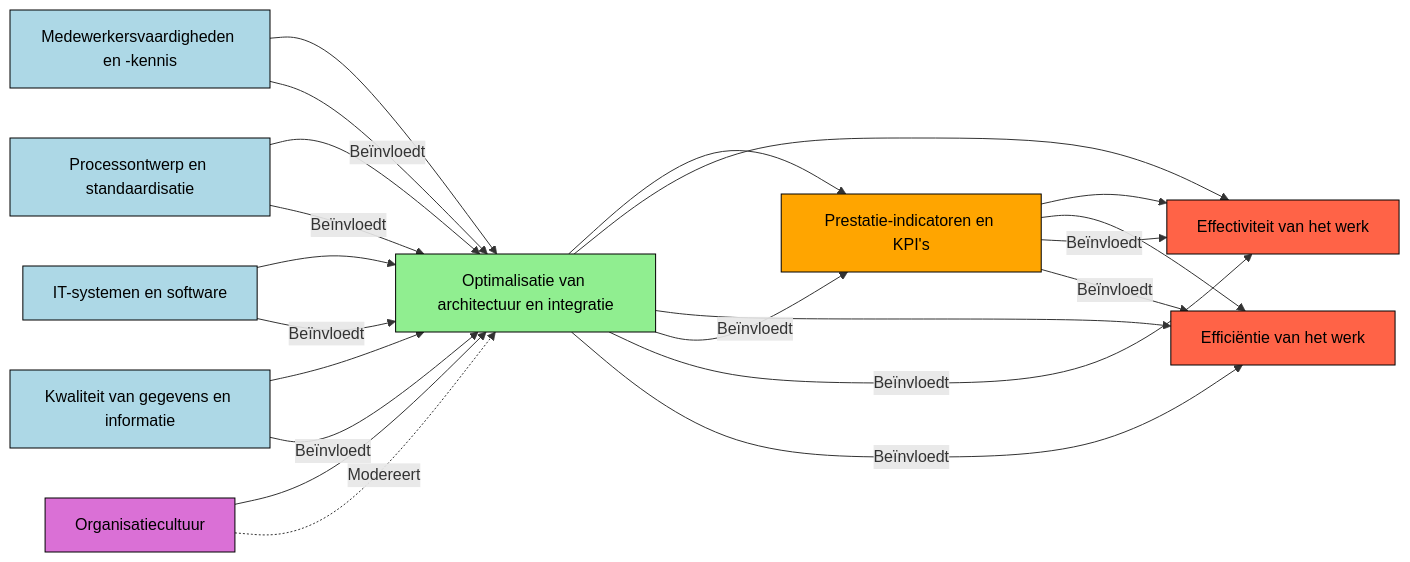
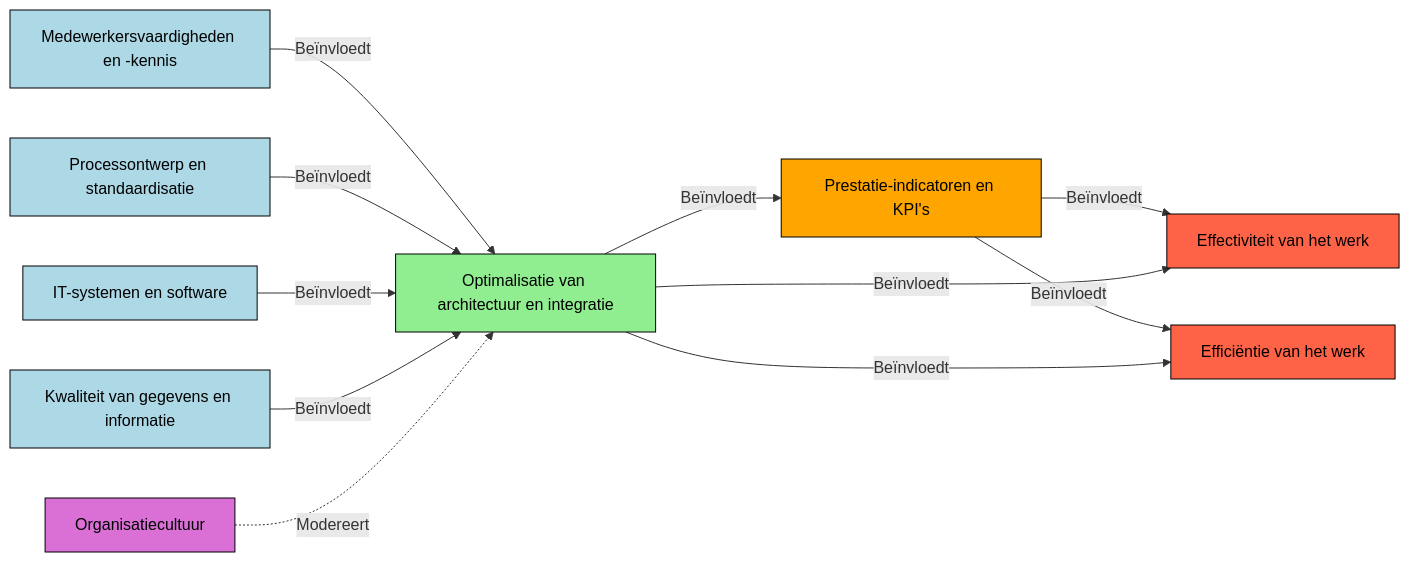
The second of 2 diagrams in conceptmod.qmd (hanbedrijfskunde/aod2024-25), drawn with Mermaid before and after one commit. The commit also changed 2 other files, not shown here.

````diff
--- a/conceptmod.qmd
+++ b/conceptmod.qmd
@@ -145,51 +145,36 @@
 ```{mermaid}
 flowchart LR
     %% Definieer de nodes
     IV1[Medewerkersvaardigheden en -kennis]
     IV2[Processontwerp en standaardisatie]
     IV3[IT-systemen en software]
     IV4[Kwaliteit van gegevens en informatie]
     MODV[Organisatiecultuur]
     INTV[Optimalisatie van architectuur en integratie]
     MV[Prestatie-indicatoren en KPI's]
     DV1[Effectiviteit van het werk]
     DV2[Efficiëntie van het werk]
-
-    %% Definieer de relaties
-    IV1 --> INTV
-    IV2 --> INTV
-    IV3 --> INTV
-    IV4 --> INTV
-
-    MODV --> INTV
-
-    INTV --> MV
-    MV --> DV1
-    MV --> DV2
-
-    INTV --> DV1
-    INTV --> DV2
 
     %% Stijldefinities voor de nodes
     style IV1 fill:#ADD8E6,stroke:#000,color:#000
     style IV2 fill:#ADD8E6,stroke:#000,color:#000
     style IV3 fill:#ADD8E6,stroke:#000,color:#000
     style IV4 fill:#ADD8E6,stroke:#000,color:#000
     style INTV fill:#90EE90,stroke:#000,color:#000
     style MV fill:#FFA500,stroke:#000,color:#000
     style MODV fill:#DA70D6,stroke:#000,color:#000
     style DV1 fill:#FF6347,stroke:#000,color:#000
     style DV2 fill:#FF6347,stroke:#000,color:#000
 
     %% Voeg labels toe aan de lijnen
     IV1 -- Beïnvloedt --> INTV
     IV2 -- Beïnvloedt --> INTV
     IV3 -- Beïnvloedt --> INTV
     IV4 -- Beïnvloedt --> INTV
     MODV -. Modereert .-> INTV
     INTV -- Beïnvloedt --> MV
     MV -- Beïnvloedt --> DV1
     MV -- Beïnvloedt --> DV2
     INTV -- Beïnvloedt --> DV1
     INTV -- Beïnvloedt --> DV2
 ```
````
